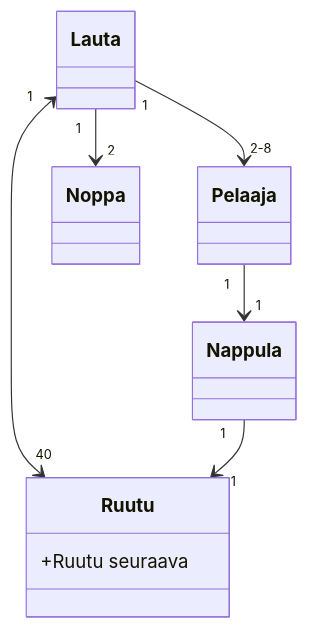
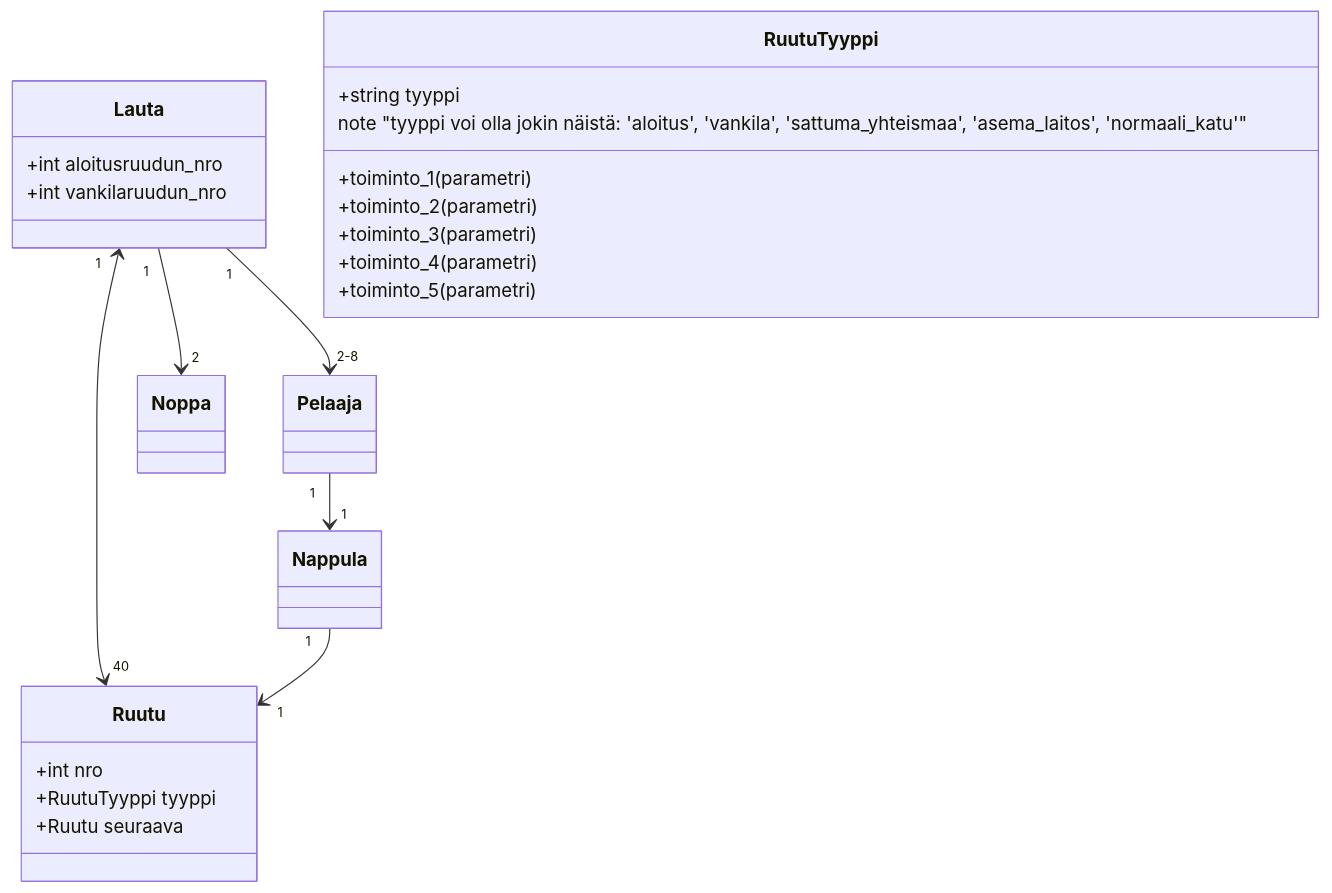
Before and after one commit to LeeviHalme/ot-harjoitustyo: the diagram in laskarit/viikko3/monopoli.md, drawn with Mermaid.

Commit message:
extend monopoly diagram

````diff
--- a/laskarit/viikko3/monopoli.md
+++ b/laskarit/viikko3/monopoli.md
@@ -3,10 +3,26 @@
 ```mermaid
 classDiagram
   Lauta "1" --> "2-8" Pelaaja
   Pelaaja "1" --> "1" Nappula
   Lauta "1" --> "2" Noppa
   Lauta "1" <--> "40" Ruutu
   Nappula "1" --> "1" Ruutu
-  class Ruutu
-  Ruutu : +Ruutu seuraava
+  class Lauta {
+    +int aloitusruudun_nro
+    +int vankilaruudun_nro
+  }
+  class Ruutu {
+    +int nro
+    +RuutuTyyppi tyyppi
+    +Ruutu seuraava
+  }
+  class RuutuTyyppi {
+    +string tyyppi
+    note "tyyppi voi olla jokin näistä: 'aloitus', 'vankila', 'sattuma_yhteismaa', 'asema_laitos', 'normaali_katu'"
+    +toiminto_1(parametri)
+    +toiminto_2(parametri)
+    +toiminto_3(parametri)
+    +toiminto_4(parametri)
+    +toiminto_5(parametri)
+  }
 ```
````
